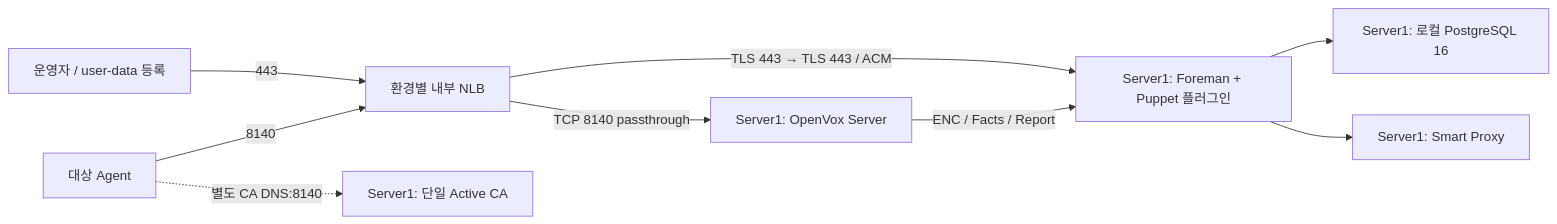
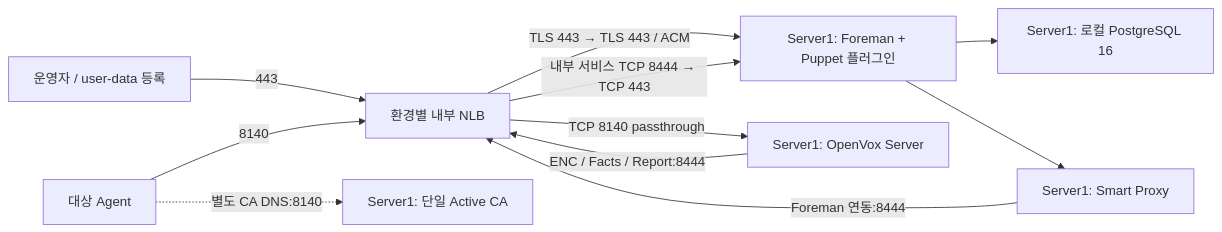
The diagram in foreman-puppet/docs/PHASED_ROLLOUT.md (heyoon2j/y2-devops-lab), drawn with Mermaid before and after one commit. The commit also changed other lines of this file and 16 other files, not shown here.

````diff
--- a/foreman-puppet/docs/PHASED_ROLLOUT.md
+++ b/foreman-puppet/docs/PHASED_ROLLOUT.md
@@ -20,11 +20,13 @@
 ```mermaid
 flowchart LR
     U["운영자 / user-data 등록"] -->|"443"| L["환경별 내부 NLB"]
     A["대상 Agent"] -->|"8140"| L
     L -->|"TLS 443 → TLS 443 / ACM"| F["Server1: Foreman + Puppet 플러그인"]
     L -->|"TCP 8140 passthrough"| P["Server1: OpenVox Server"]
     F --> D["Server1: 로컬 PostgreSQL 16"]
     F --> S["Server1: Smart Proxy"]
-    P -->|"ENC / Facts / Report"| F
+    P -->|"ENC / Facts / Report:8444"| L
+    S -->|"Foreman 연동:8444"| L
+    L -->|"내부 서비스 TCP 8444 → TCP 443"| F
     A -.->|"별도 CA DNS:8140"| C["Server1: 단일 Active CA"]
 ```
````
